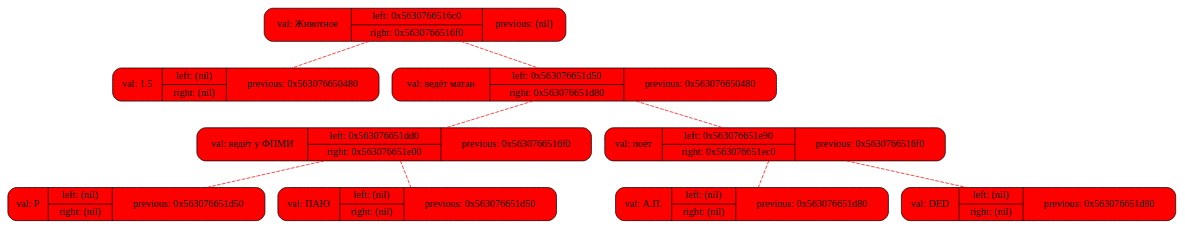
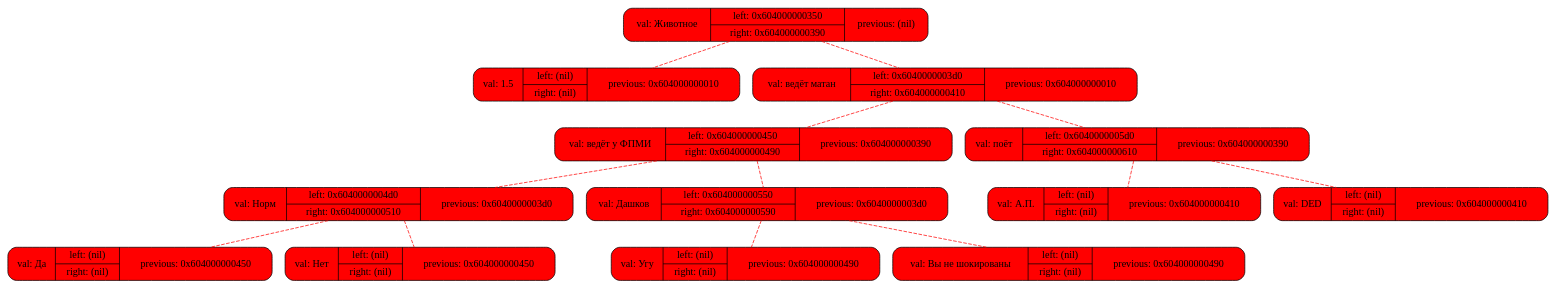
One commit to ThreadJava800/Akinator changed the diagram in temp.dot. Above: the diagram before and after it, drawn with Graphviz. The commit also changed 6 other files, not shown here.

```diff
--- a/temp.dot
+++ b/temp.dot
@@ -1,12 +1,16 @@
 digraph tree {
 	rankdir=HR;
-	label0x563076650480[shape=record, style="rounded, filled", fillcolor=red, label="{ {val: Животное | {left: 0x5630766516c0 | right: 0x5630766516f0} | previous: (nil) }}"];
-	label0x5630766516c0[shape=record, style="rounded, filled", fillcolor=red, label="{ {val: 1.5 | {left: (nil) | right: (nil)} | previous: 0x563076650480 }}"];
-	label0x563076650480->label0x5630766516c0 [color="red", style="dashed",arrowhead="none"]	label0x5630766516f0[shape=record, style="rounded, filled", fillcolor=red, label="{ {val: ведёт матан | {left: 0x563076651d50 | right: 0x563076651d80} | previous: 0x563076650480 }}"];
-	label0x563076650480->label0x5630766516f0 [color="red", style="dashed",arrowhead="none"]	label0x563076651d50[shape=record, style="rounded, filled", fillcolor=red, label="{ {val: ведёт у ФПМИ | {left: 0x563076651dd0 | right: 0x563076651e00} | previous: 0x5630766516f0 }}"];
-	label0x5630766516f0->label0x563076651d50 [color="red", style="dashed",arrowhead="none"]	label0x563076651dd0[shape=record, style="rounded, filled", fillcolor=red, label="{ {val: P | {left: (nil) | right: (nil)} | previous: 0x563076651d50 }}"];
-	label0x563076651d50->label0x563076651dd0 [color="red", style="dashed",arrowhead="none"]	label0x563076651e00[shape=record, style="rounded, filled", fillcolor=red, label="{ {val: ПАЮ | {left: (nil) | right: (nil)} | previous: 0x563076651d50 }}"];
-	label0x563076651d50->label0x563076651e00 [color="red", style="dashed",arrowhead="none"]	label0x563076651d80[shape=record, style="rounded, filled", fillcolor=red, label="{ {val: поёт | {left: 0x563076651e90 | right: 0x563076651ec0} | previous: 0x5630766516f0 }}"];
-	label0x5630766516f0->label0x563076651d80 [color="red", style="dashed",arrowhead="none"]	label0x563076651e90[shape=record, style="rounded, filled", fillcolor=red, label="{ {val: А.П. | {left: (nil) | right: (nil)} | previous: 0x563076651d80 }}"];
-	label0x563076651d80->label0x563076651e90 [color="red", style="dashed",arrowhead="none"]	label0x563076651ec0[shape=record, style="rounded, filled", fillcolor=red, label="{ {val: DED | {left: (nil) | right: (nil)} | previous: 0x563076651d80 }}"];
-	label0x563076651d80->label0x563076651ec0 [color="red", style="dashed",arrowhead="none"]}
+	label0x604000000010[shape=record, style="rounded, filled", fillcolor=red, label="{ {val: Животное | {left: 0x604000000350 | right: 0x604000000390} | previous: (nil) }}"];
+	label0x604000000350[shape=record, style="rounded, filled", fillcolor=red, label="{ {val: 1.5 | {left: (nil) | right: (nil)} | previous: 0x604000000010 }}"];
+	label0x604000000010->label0x604000000350 [color="red", style="dashed",arrowhead="none"]	label0x604000000390[shape=record, style="rounded, filled", fillcolor=red, label="{ {val: ведёт матан | {left: 0x6040000003d0 | right: 0x604000000410} | previous: 0x604000000010 }}"];
+	label0x604000000010->label0x604000000390 [color="red", style="dashed",arrowhead="none"]	label0x6040000003d0[shape=record, style="rounded, filled", fillcolor=red, label="{ {val: ведёт у ФПМИ | {left: 0x604000000450 | right: 0x604000000490} | previous: 0x604000000390 }}"];
+	label0x604000000390->label0x6040000003d0 [color="red", style="dashed",arrowhead="none"]	label0x604000000450[shape=record, style="rounded, filled", fillcolor=red, label="{ {val: Норм | {left: 0x6040000004d0 | right: 0x604000000510} | previous: 0x6040000003d0 }}"];
+	label0x6040000003d0->label0x604000000450 [color="red", style="dashed",arrowhead="none"]	label0x6040000004d0[shape=record, style="rounded, filled", fillcolor=red, label="{ {val: Да | {left: (nil) | right: (nil)} | previous: 0x604000000450 }}"];
+	label0x604000000450->label0x6040000004d0 [color="red", style="dashed",arrowhead="none"]	label0x604000000510[shape=record, style="rounded, filled", fillcolor=red, label="{ {val: Нет | {left: (nil) | right: (nil)} | previous: 0x604000000450 }}"];
+	label0x604000000450->label0x604000000510 [color="red", style="dashed",arrowhead="none"]	label0x604000000490[shape=record, style="rounded, filled", fillcolor=red, label="{ {val: Дашков | {left: 0x604000000550 | right: 0x604000000590} | previous: 0x6040000003d0 }}"];
+	label0x6040000003d0->label0x604000000490 [color="red", style="dashed",arrowhead="none"]	label0x604000000550[shape=record, style="rounded, filled", fillcolor=red, label="{ {val: Угу | {left: (nil) | right: (nil)} | previous: 0x604000000490 }}"];
+	label0x604000000490->label0x604000000550 [color="red", style="dashed",arrowhead="none"]	label0x604000000590[shape=record, style="rounded, filled", fillcolor=red, label="{ {val: Вы не шокированы | {left: (nil) | right: (nil)} | previous: 0x604000000490 }}"];
+	label0x604000000490->label0x604000000590 [color="red", style="dashed",arrowhead="none"]	label0x604000000410[shape=record, style="rounded, filled", fillcolor=red, label="{ {val: поёт | {left: 0x6040000005d0 | right: 0x604000000610} | previous: 0x604000000390 }}"];
+	label0x604000000390->label0x604000000410 [color="red", style="dashed",arrowhead="none"]	label0x6040000005d0[shape=record, style="rounded, filled", fillcolor=red, label="{ {val: А.П. | {left: (nil) | right: (nil)} | previous: 0x604000000410 }}"];
+	label0x604000000410->label0x6040000005d0 [color="red", style="dashed",arrowhead="none"]	label0x604000000610[shape=record, style="rounded, filled", fillcolor=red, label="{ {val: DED | {left: (nil) | right: (nil)} | previous: 0x604000000410 }}"];
+	label0x604000000410->label0x604000000610 [color="red", style="dashed",arrowhead="none"]}
```
